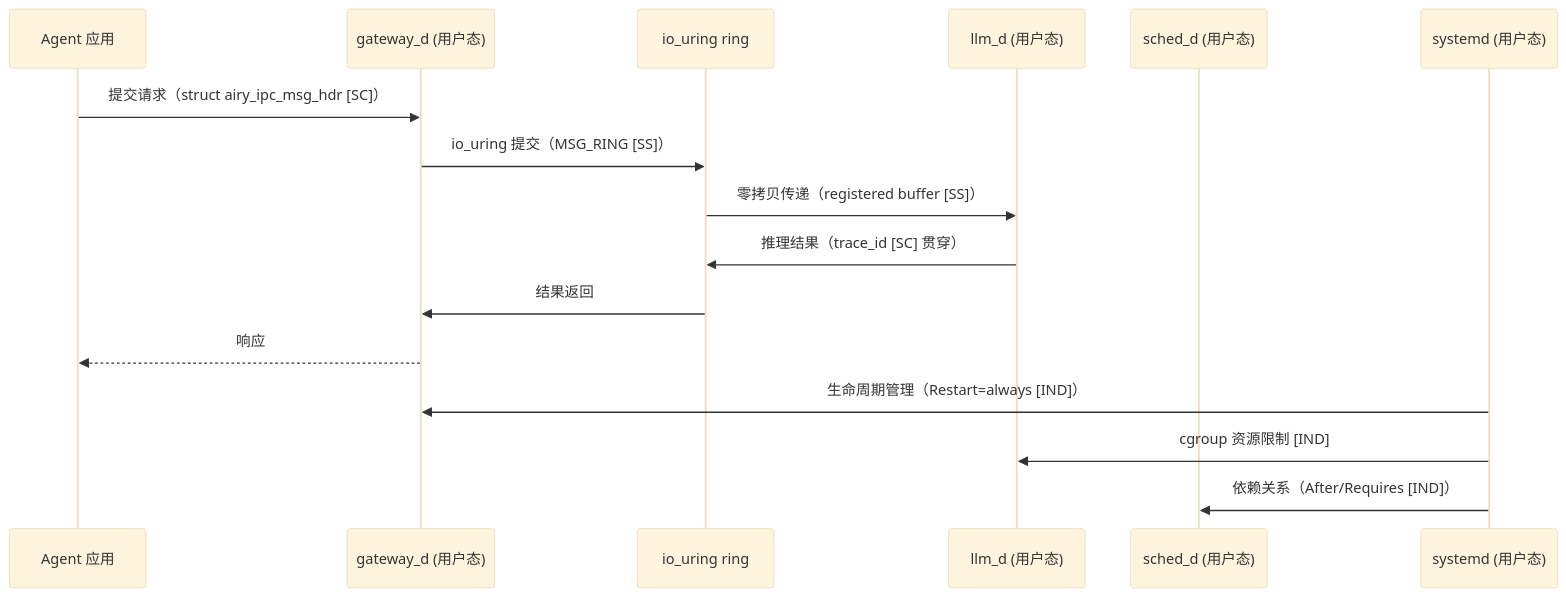
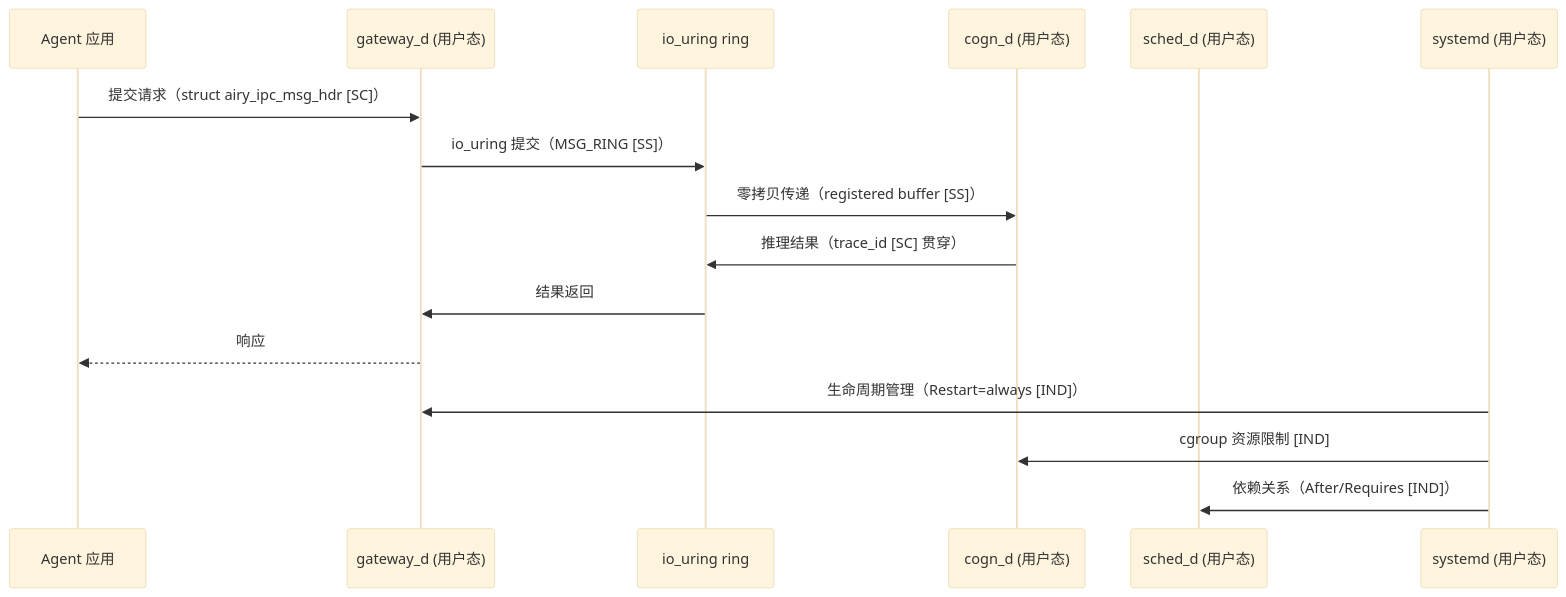
Before and after one commit to openairymax/docs: the first of 2 diagrams in AirymaxOS/20-modules/02-services.md, drawn with Mermaid (base theme). The commit also changed other lines of this file and 115 other files, not shown here.

````diff
--- a/AirymaxOS/20-modules/02-services.md
+++ b/AirymaxOS/20-modules/02-services.md
@@ -391,20 +391,20 @@
 ```mermaid
 sequenceDiagram
     participant APP as Agent 应用
     participant GW as gateway_d (用户态)
     participant IPC as io_uring ring
-    participant LLM as llm_d (用户态)
+    participant COGN as cogn_d (用户态)
     participant SCHED as sched_d (用户态)
     participant SYS as systemd (用户态)
 
     APP->>GW: 提交请求（struct airy_ipc_msg_hdr [SC]）
     GW->>IPC: io_uring 提交（MSG_RING [SS]）
-    IPC->>LLM: 零拷贝传递（registered buffer [SS]）
-    LLM->>IPC: 推理结果（trace_id [SC] 贯穿）
+    IPC->>COGN: 零拷贝传递（registered buffer [SS]）
+    COGN->>IPC: 推理结果（trace_id [SC] 贯穿）
     IPC->>GW: 结果返回
     GW-->>APP: 响应
 
     SYS->>GW: 生命周期管理（Restart=always [IND]）
-    SYS->>LLM: cgroup 资源限制 [IND]
+    SYS->>COGN: cgroup 资源限制 [IND]
     SYS->>SCHED: 依赖关系（After/Requires [IND]）
 ```
````
